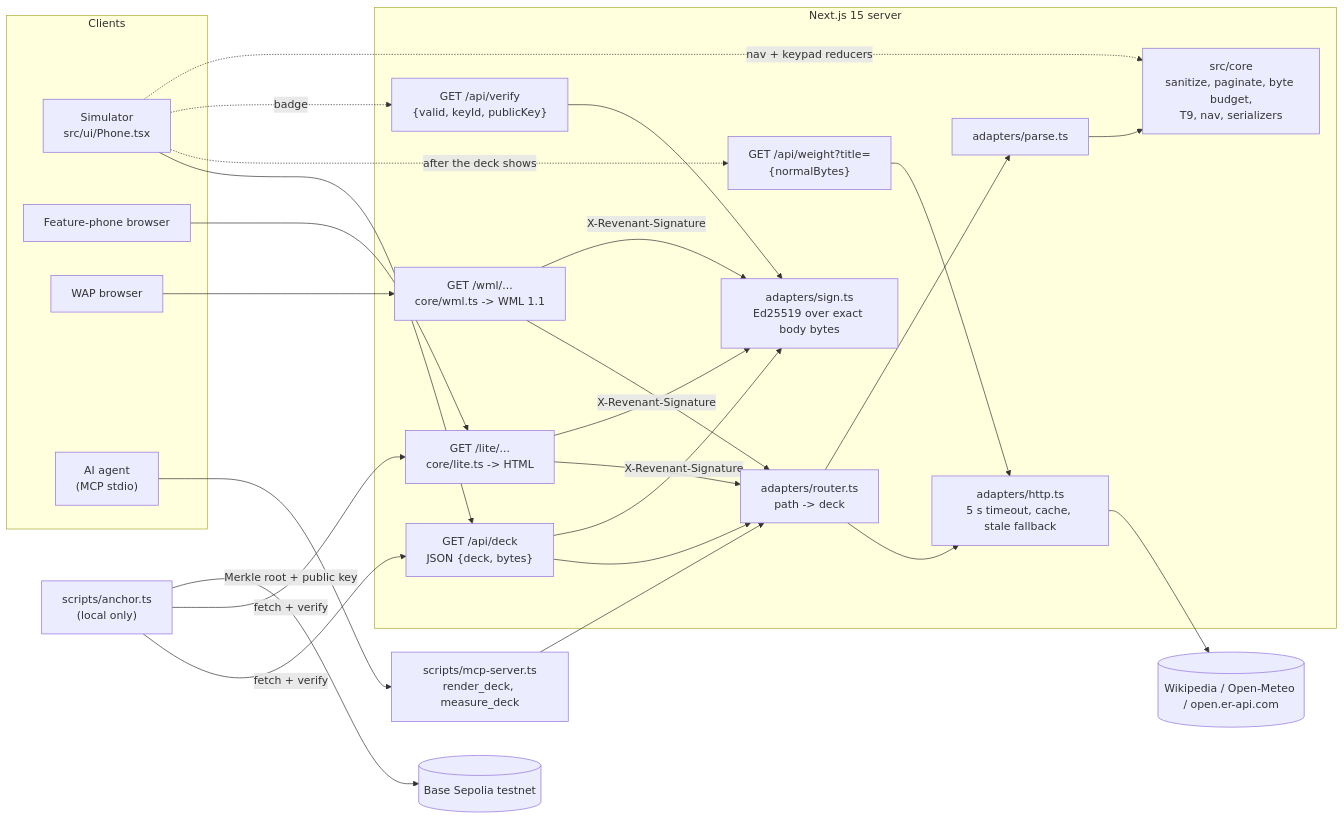
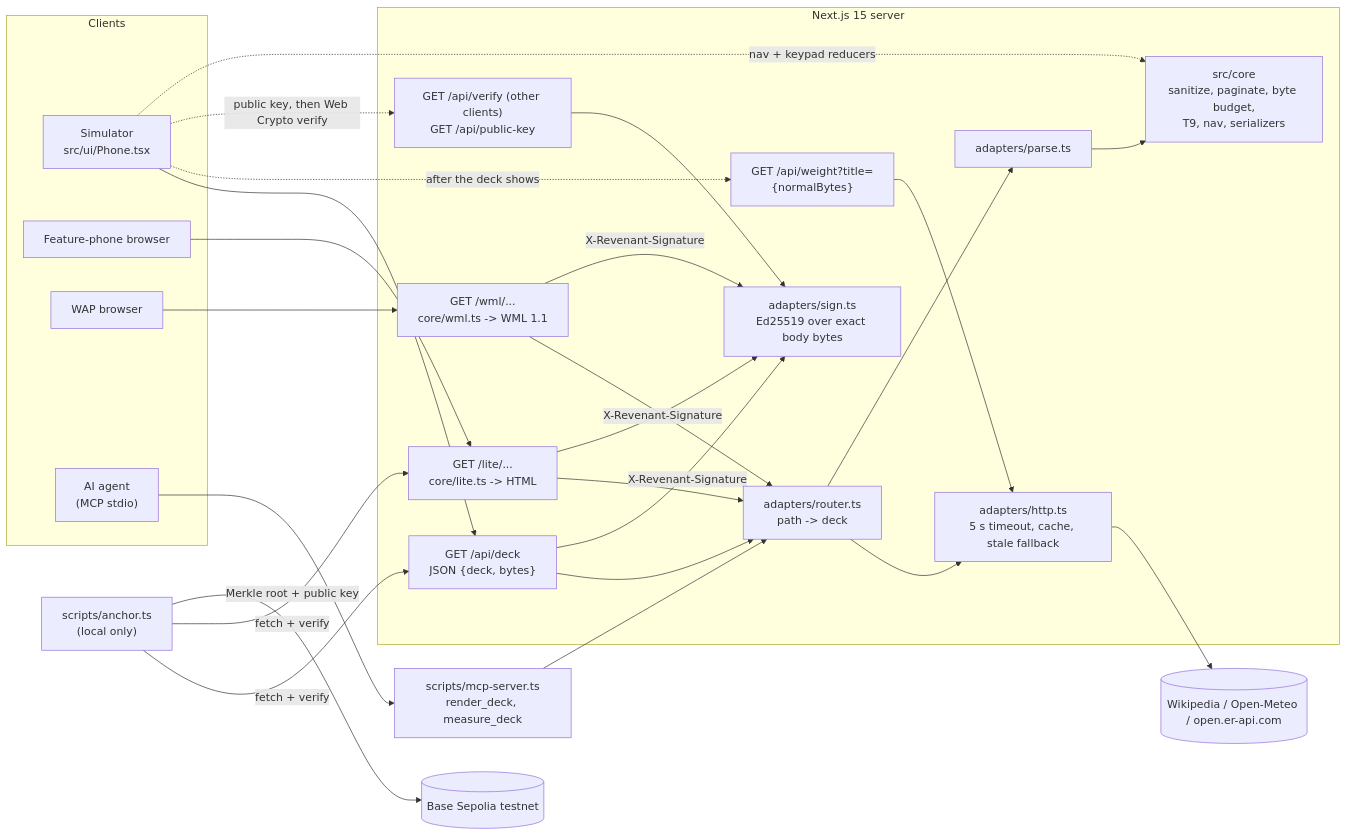
The diagram in README.md (kida256-glitch/revenant), drawn with Mermaid before and after one commit. The commit also changed other lines of this file and 5 other files, not shown here.

Commit message:
M5: in-browser Ed25519 badge, /api/public-key, KIRO_USAGE

````diff
--- a/README.md
+++ b/README.md
@@ -32,38 +32,38 @@
 ```mermaid
 flowchart LR
   subgraph Clients
     Sim["Simulator<br/>src/ui/Phone.tsx"]
     Lite["Feature-phone browser"]
     WAP["WAP browser"]
     Agent["AI agent<br/>(MCP stdio)"]
   end
   MCP["scripts/mcp-server.ts<br/>render_deck, measure_deck"]
   Anchor["scripts/anchor.ts<br/>(local only)"]
   Chain[(Base Sepolia testnet)]
   subgraph Server["Next.js 15 server"]
     API["GET /api/deck<br/>JSON {deck, bytes}"]
     Weight["GET /api/weight?title=<br/>{normalBytes}"]
-    Verify["GET /api/verify<br/>{valid, keyId, publicKey}"]
+    Verify["GET /api/verify (other clients)<br/>GET /api/public-key"]
     Sign["adapters/sign.ts<br/>Ed25519 over exact body bytes"]
     LiteR["GET /lite/...<br/>core/lite.ts -> HTML"]
     WmlR["GET /wml/...<br/>core/wml.ts -> WML 1.1"]
     Router["adapters/router.ts<br/>path -> deck"]
     HTTP["adapters/http.ts<br/>5 s timeout, cache, stale fallback"]
     Parse["adapters/parse.ts"]
     Core["src/core<br/>sanitize, paginate, byte budget,<br/>T9, nav, serializers"]
   end
   Up[(Wikipedia / Open-Meteo / open.er-api.com)]
   Sim --> API
   Sim -. "after the deck shows" .-> Weight --> HTTP
   Lite --> LiteR
   WAP --> WmlR
   API & LiteR & WmlR --> Router
   API & LiteR & WmlR -- "X-Revenant-Signature" --> Sign
-  Sim -. "badge" .-> Verify --> Sign
+  Sim -. "public key, then Web Crypto verify" .-> Verify --> Sign
   Agent --> MCP --> Router
   Anchor -- "fetch + verify" --> API & LiteR
   Anchor -- "Merkle root + public key" --> Chain
   Router --> HTTP --> Up
   Router --> Parse --> Core
   Sim -. "nav + keypad reducers" .-> Core
 ```
````
